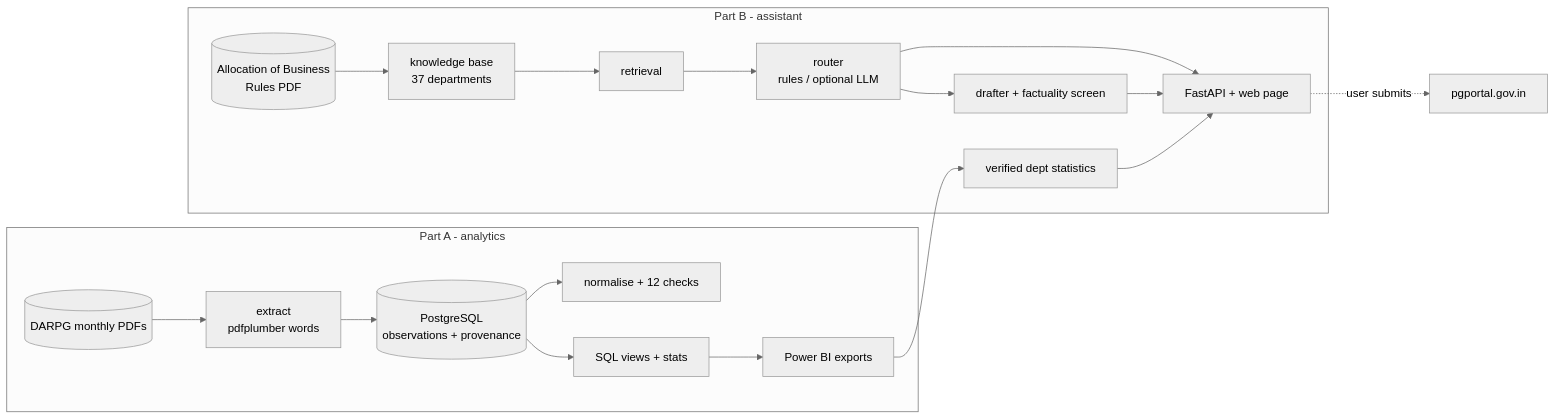
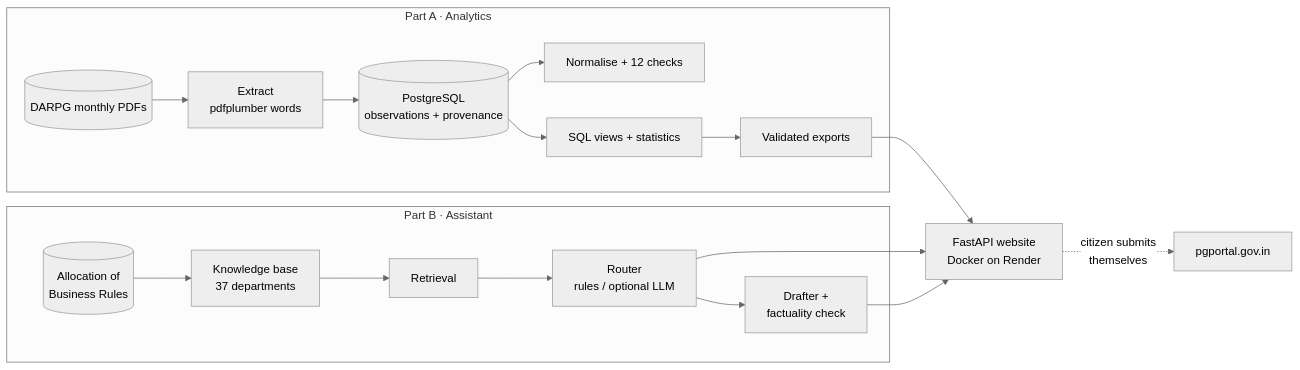
Before and after one commit to harshgupta257/Grievance-Lens: the diagram in README.md, drawn with Mermaid (neutral theme). The commit also changed other lines of this file and 5 other files, not shown here.

````diff
--- a/README.md
+++ b/README.md
@@ -43,19 +238,20 @@
 ```mermaid
 flowchart LR
-    subgraph A[Part A - analytics]
-        PDF[(DARPG monthly PDFs)] --> EXT[extract<br/>pdfplumber words]
-        EXT --> DB[(PostgreSQL<br/>observations + provenance)]
-        DB --> NORM[normalise + 12 checks]
-        DB --> SQL[SQL views + stats]
-        SQL --> PBI[Power BI exports]
+    subgraph A["Part A · Analytics"]
+        PDF[("DARPG monthly PDFs")] --> EXT["Extract<br/>pdfplumber words"]
+        EXT --> DB[("PostgreSQL<br/>observations + provenance")]
+        DB --> NORM["Normalise + 12 checks"]
+        DB --> SQL["SQL views + statistics"]
+        SQL --> EXP["Validated exports"]
     end
-    subgraph B[Part B - assistant]
-        AOB[(Allocation of Business<br/>Rules PDF)] --> KB[knowledge base<br/>37 departments]
-        KB --> RET[retrieval]
-        RET --> RT[router<br/>rules / optional LLM]
-        RT --> DR[drafter + factuality screen]
-        PBI --> PERF[verified dept statistics]
-        RT & DR & PERF --> API[FastAPI + web page]
+    subgraph B["Part B · Assistant"]
+        AOB[("Allocation of<br/>Business Rules")] --> KB["Knowledge base<br/>37 departments"]
+        KB --> RET["Retrieval"]
+        RET --> RT["Router<br/>rules / optional LLM"]
+        RT --> DR["Drafter +<br/>factuality check"]
     end
-    API -.->|user submits| PORTAL[pgportal.gov.in]
+    EXP --> WEB["FastAPI website<br/>Docker on Render"]
+    RT --> WEB
+    DR --> WEB
+    WEB -. "citizen submits<br/>themselves" .-> PORTAL["pgportal.gov.in"]
 ```
````
